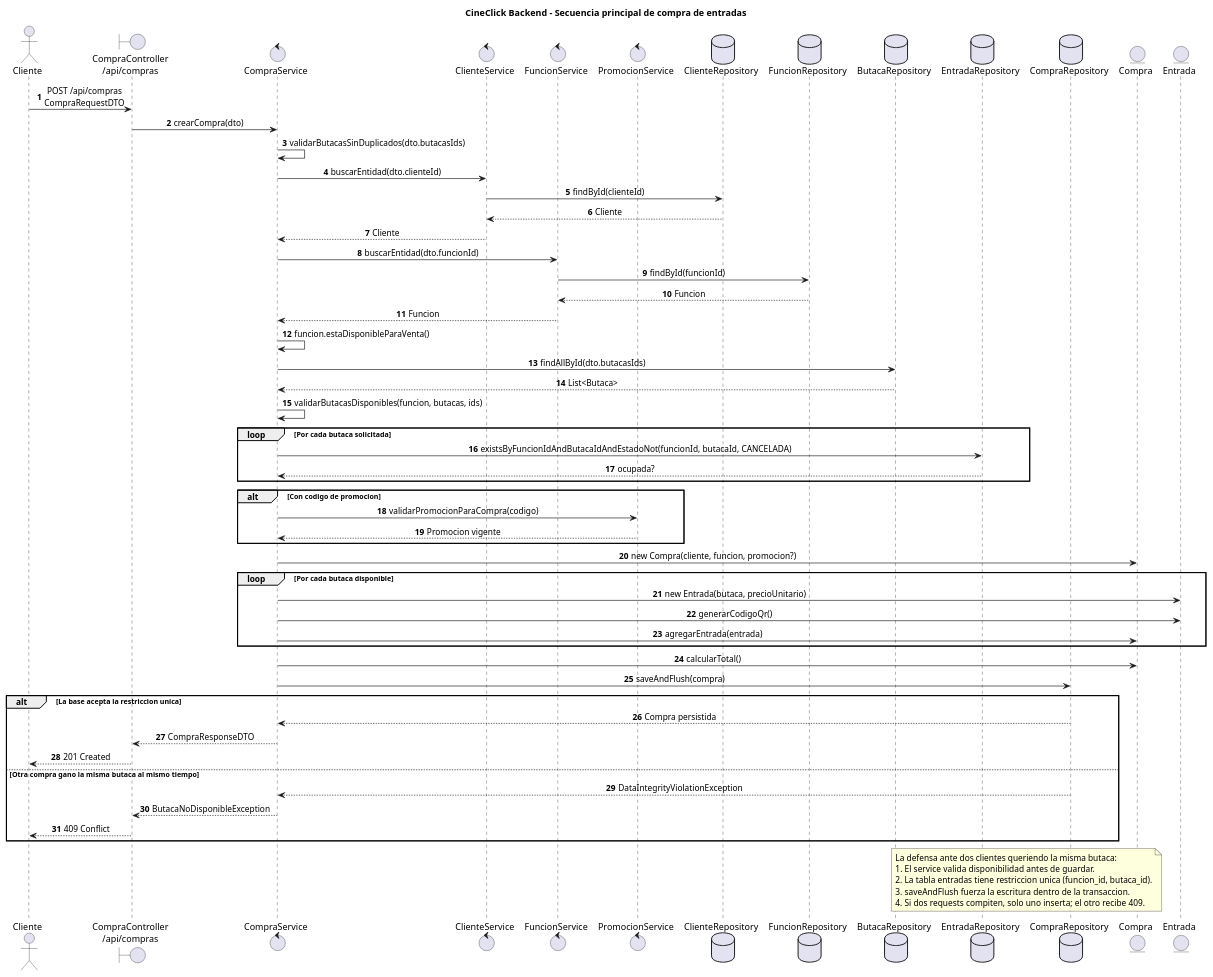
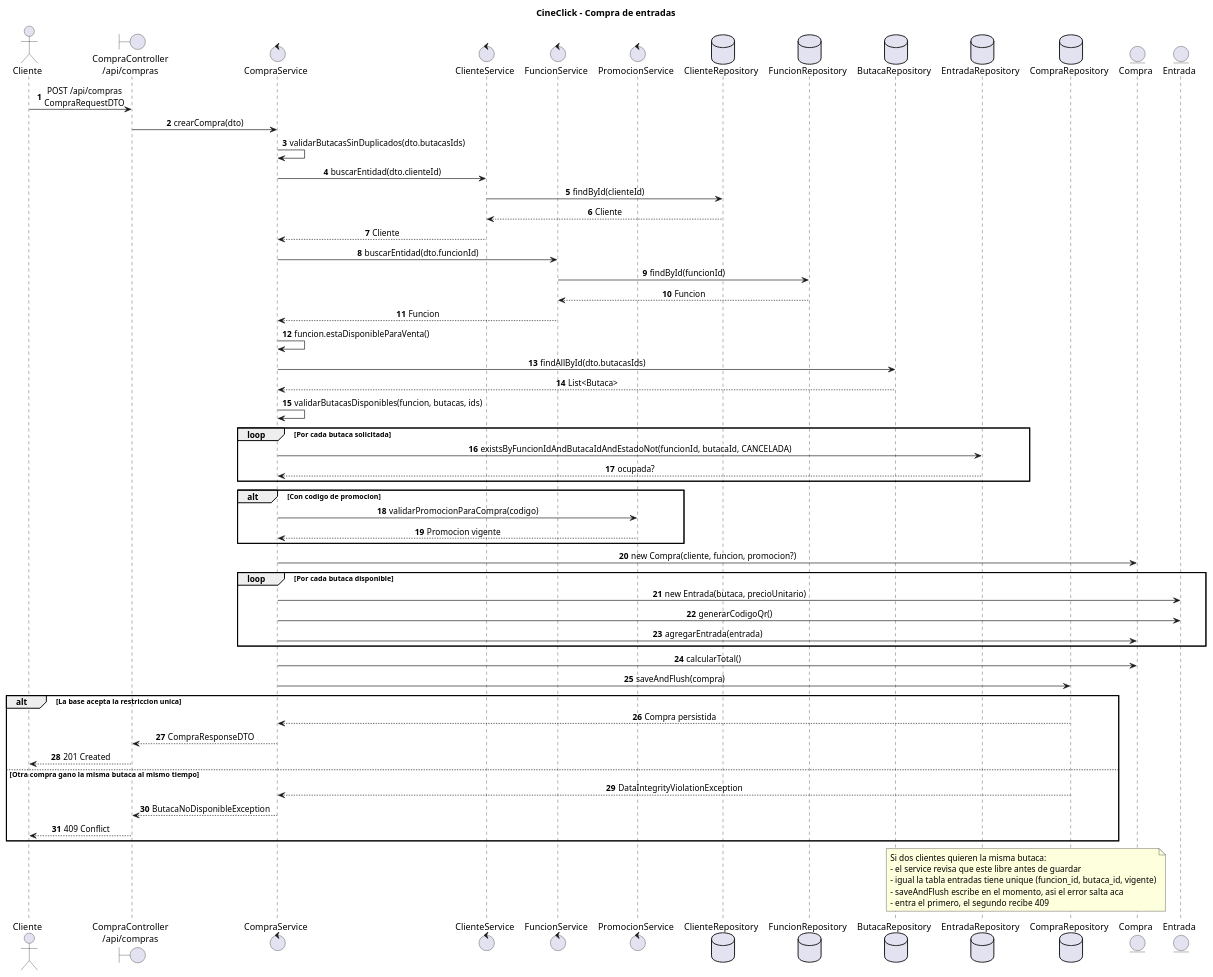
Before and after one commit to LucasGagliani/CineClick: the diagram in documentacion/uml-flujo-compra.puml, drawn with PlantUML. The commit also changed 44 other files, not shown here.

```diff
--- a/documentacion/uml-flujo-compra.puml
+++ b/documentacion/uml-flujo-compra.puml
@@ -1,79 +1,79 @@
 @startuml CineClick_Flujo_Compra
-title CineClick Backend - Secuencia principal de compra de entradas
+title CineClick - Compra de entradas
 
 skinparam shadowing false
 skinparam sequenceMessageAlign center
 autonumber
 
 actor Cliente
 boundary "CompraController\n/api/compras" as CompraController
 control CompraService
 control ClienteService
 control FuncionService
 control PromocionService
 database ClienteRepository
 database FuncionRepository
 database ButacaRepository
 database EntradaRepository
 database CompraRepository
 entity Compra
 entity Entrada
 
 Cliente -> CompraController : POST /api/compras\nCompraRequestDTO
 CompraController -> CompraService : crearCompra(dto)
 
 CompraService -> CompraService : validarButacasSinDuplicados(dto.butacasIds)
 CompraService -> ClienteService : buscarEntidad(dto.clienteId)
 ClienteService -> ClienteRepository : findById(clienteId)
 ClienteRepository --> ClienteService : Cliente
 ClienteService --> CompraService : Cliente
 
 CompraService -> FuncionService : buscarEntidad(dto.funcionId)
 FuncionService -> FuncionRepository : findById(funcionId)
 FuncionRepository --> FuncionService : Funcion
 FuncionService --> CompraService : Funcion
 
 CompraService -> CompraService : funcion.estaDisponibleParaVenta()
 CompraService -> ButacaRepository : findAllById(dto.butacasIds)
 ButacaRepository --> CompraService : List<Butaca>
 
 CompraService -> CompraService : validarButacasDisponibles(funcion, butacas, ids)
 loop Por cada butaca solicitada
   CompraService -> EntradaRepository : existsByFuncionIdAndButacaIdAndEstadoNot(funcionId, butacaId, CANCELADA)
   EntradaRepository --> CompraService : ocupada?
 end
 
 alt Con codigo de promocion
   CompraService -> PromocionService : validarPromocionParaCompra(codigo)
   PromocionService --> CompraService : Promocion vigente
 end
 
 CompraService -> Compra : new Compra(cliente, funcion, promocion?)
 loop Por cada butaca disponible
   CompraService -> Entrada : new Entrada(butaca, precioUnitario)
   CompraService -> Entrada : generarCodigoQr()
   CompraService -> Compra : agregarEntrada(entrada)
 end
 
 CompraService -> Compra : calcularTotal()
 CompraService -> CompraRepository : saveAndFlush(compra)
 
 alt La base acepta la restriccion unica
   CompraRepository --> CompraService : Compra persistida
   CompraService --> CompraController : CompraResponseDTO
   CompraController --> Cliente : 201 Created
 else Otra compra gano la misma butaca al mismo tiempo
   CompraRepository --> CompraService : DataIntegrityViolationException
   CompraService --> CompraController : ButacaNoDisponibleException
   CompraController --> Cliente : 409 Conflict
 end
 
 note over EntradaRepository, CompraRepository
-La defensa ante dos clientes queriendo la misma butaca:
-1. El service valida disponibilidad antes de guardar.
-2. La tabla entradas tiene restriccion unica (funcion_id, butaca_id).
-3. saveAndFlush fuerza la escritura dentro de la transaccion.
-4. Si dos requests compiten, solo uno inserta; el otro recibe 409.
+Si dos clientes quieren la misma butaca:
+- el service revisa que este libre antes de guardar
+- igual la tabla entradas tiene unique (funcion_id, butaca_id, vigente)
+- saveAndFlush escribe en el momento, asi el error salta aca
+- entra el primero, el segundo recibe 409
 end note
 
 @enduml
```
